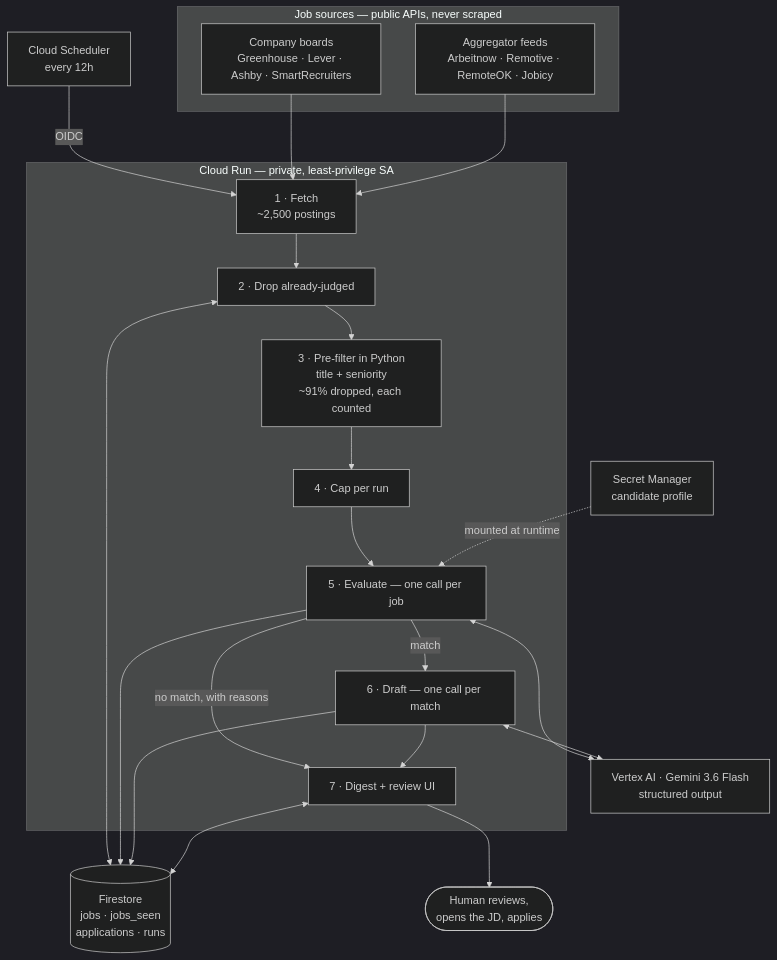
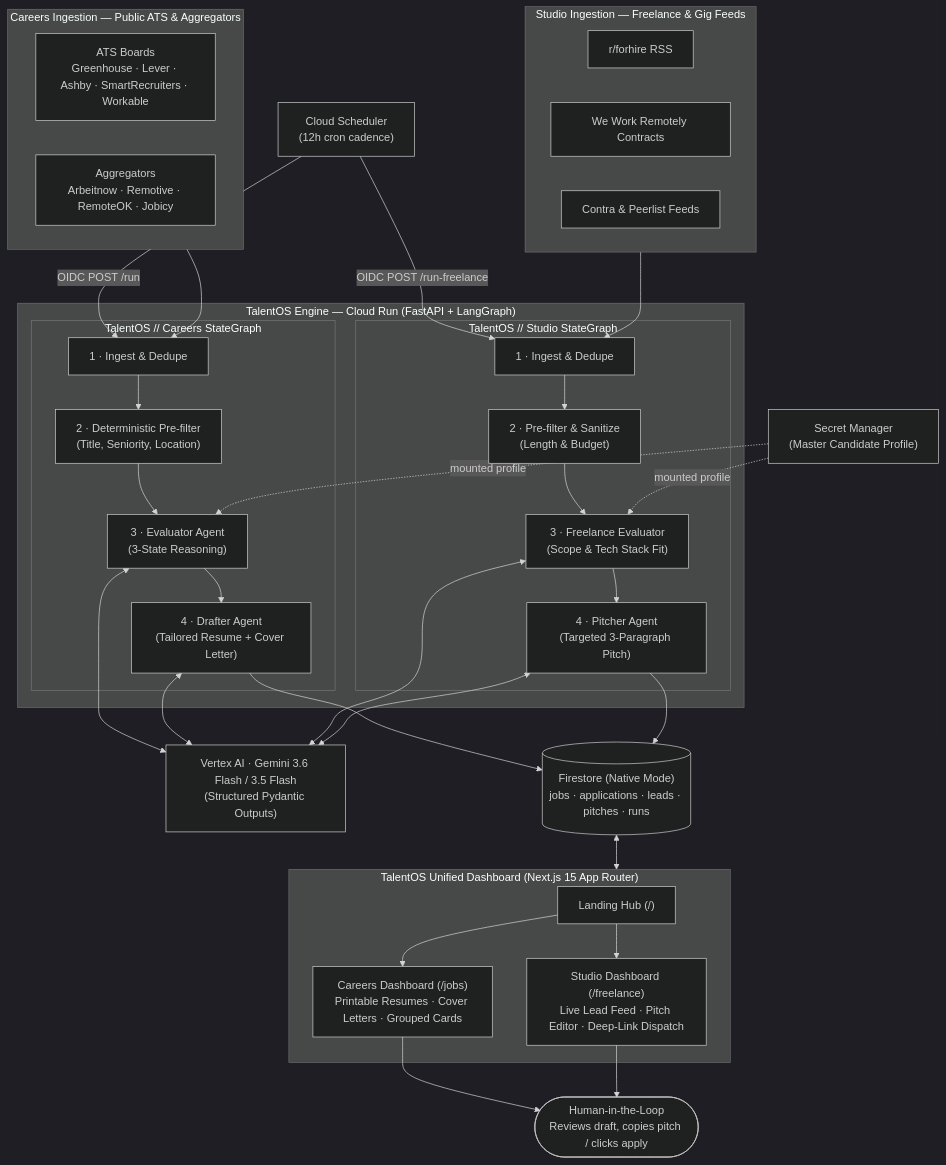
The diagram in README.md (Naman6019/all-things-agentic), drawn with Mermaid (dark theme) before and after one commit. The commit also changed other lines of this file and 50 other files, not shown here.

First line of the commit message:
feat(talentos): implement TalentOS Studio freelance pipeline, dual frontend portal, and test suite

````diff
--- a/README.md
+++ b/README.md
@@ -20,41 +19,69 @@
 ```mermaid
 flowchart TB
-    SCHED["Cloud Scheduler<br/>every 12h"]
+    SCHED["Cloud Scheduler<br/>(12h cron cadence)"]
 
-    subgraph SOURCES["Job sources — public APIs, never scraped"]
-        ATS["Company boards<br/>Greenhouse · Lever · Ashby · SmartRecruiters"]
-        AGG["Aggregator feeds<br/>Arbeitnow · Remotive · RemoteOK · Jobicy"]
+    subgraph SOURCES_CAREERS["Careers Ingestion — Public ATS & Aggregators"]
+        ATS["ATS Boards<br/>Greenhouse · Lever · Ashby · SmartRecruiters · Workable"]
+        AGG["Aggregators<br/>Arbeitnow · Remotive · RemoteOK · Jobicy"]
     end
 
-    subgraph RUN["Cloud Run — private, least-privilege SA"]
-        FETCH["1 · Fetch<br/>~2,500 postings"]
-        DEDUPE["2 · Drop already-judged"]
-        FILTER["3 · Pre-filter in Python<br/>title + seniority<br/>~91% dropped, each counted"]
-        CAP["4 · Cap per run"]
-        EVAL["5 · Evaluate — one call per job"]
-        DRAFT["6 · Draft — one call per match"]
-        DIGEST["7 · Digest + review UI"]
+    subgraph SOURCES_STUDIO["Studio Ingestion — Freelance & Gig Feeds"]
+        REDDIT["r/forhire RSS"]
+        WWR["We Work Remotely Contracts"]
+        CONTRA["Contra & Peerlist Feeds"]
     end
 
-    VERTEX["Vertex AI · Gemini 3.6 Flash<br/>structured output"]
-    SM["Secret Manager<br/>candidate profile"]
-    FS[("Firestore<br/>jobs · jobs_seen<br/>applications · runs")]
-    HUMAN(["Human reviews,<br/>opens the JD, applies"])
+    subgraph CLOUD_RUN["TalentOS Engine — Cloud Run (FastAPI + LangGraph)"]
+        subgraph PIPELINE_CAREERS["TalentOS // Careers StateGraph"]
+            FETCH_C["1 · Ingest & Dedupe"]
+            FILTER_C["2 · Deterministic Pre-filter<br/>(Title, Seniority, Location)"]
+            EVAL_C["3 · Evaluator Agent<br/>(3-State Reasoning)"]
+            DRAFT_C["4 · Drafter Agent<br/>(Tailored Resume + Cover Letter)"]
+        end
 
-    SCHED -->|OIDC| FETCH
-    ATS --> FETCH
-    AGG --> FETCH
-    FETCH --> DEDUPE --> FILTER --> CAP --> EVAL
-    EVAL -->|match| DRAFT
-    EVAL -->|no match, with reasons| DIGEST
-    DRAFT --> DIGEST
-    DIGEST --> HUMAN
+        subgraph PIPELINE_STUDIO["TalentOS // Studio StateGraph"]
+            FETCH_S["1 · Ingest & Dedupe"]
+            FILTER_S["2 · Pre-filter & Sanitize<br/>(Length & Budget)"]
+            EVAL_S["3 · Freelance Evaluator<br/>(Scope & Tech Stack Fit)"]
+            DRAFT_S["4 · Pitcher Agent<br/>(Targeted 3-Paragraph Pitch)"]
+        end
+    end
 
-    EVAL <--> VERTEX
-    DRAFT <--> VERTEX
-    SM -. mounted at runtime .-> EVAL
-    DEDUPE <--> FS
-    EVAL --> FS
-    DRAFT --> FS
-    DIGEST <--> FS
+    VERTEX["Vertex AI · Gemini 3.6 Flash / 3.5 Flash<br/>(Structured Pydantic Outputs)"]
+    SM["Secret Manager<br/>(Master Candidate Profile)"]
+    FS[("Firestore (Native Mode)<br/>jobs · applications · leads · pitches · runs")]
+
+    subgraph FRONTEND["TalentOS Unified Dashboard (Next.js 15 App Router)"]
+        LAUNCHER["Landing Hub (/)"]
+        CAREERS_UI["Careers Dashboard (/jobs)<br/>Printable Resumes · Cover Letters · Grouped Cards"]
+        STUDIO_UI["Studio Dashboard (/freelance)<br/>Live Lead Feed · Pitch Editor · Deep-Link Dispatch"]
+    end
+
+    HUMAN(["Human-in-the-Loop<br/>Reviews draft, copies pitch / clicks apply"])
+
+    SCHED -->|OIDC POST /run| FETCH_C
+    SCHED -->|OIDC POST /run-freelance| FETCH_S
+
+    SOURCES_CAREERS --> FETCH_C
+    SOURCES_STUDIO --> FETCH_S
+
+    FETCH_C --> FILTER_C --> EVAL_C --> DRAFT_C
+    FETCH_S --> FILTER_S --> EVAL_S --> DRAFT_S
+
+    EVAL_C <--> VERTEX
+    DRAFT_C <--> VERTEX
+    EVAL_S <--> VERTEX
+    DRAFT_S <--> VERTEX
+
+    SM -. mounted profile .-> EVAL_C
+    SM -. mounted profile .-> EVAL_S
+
+    DRAFT_C --> FS
+    DRAFT_S --> FS
+
+    FS <--> FRONTEND
+    LAUNCHER --> CAREERS_UI
+    LAUNCHER --> STUDIO_UI
+    CAREERS_UI --> HUMAN
+    STUDIO_UI --> HUMAN
 ```
````
